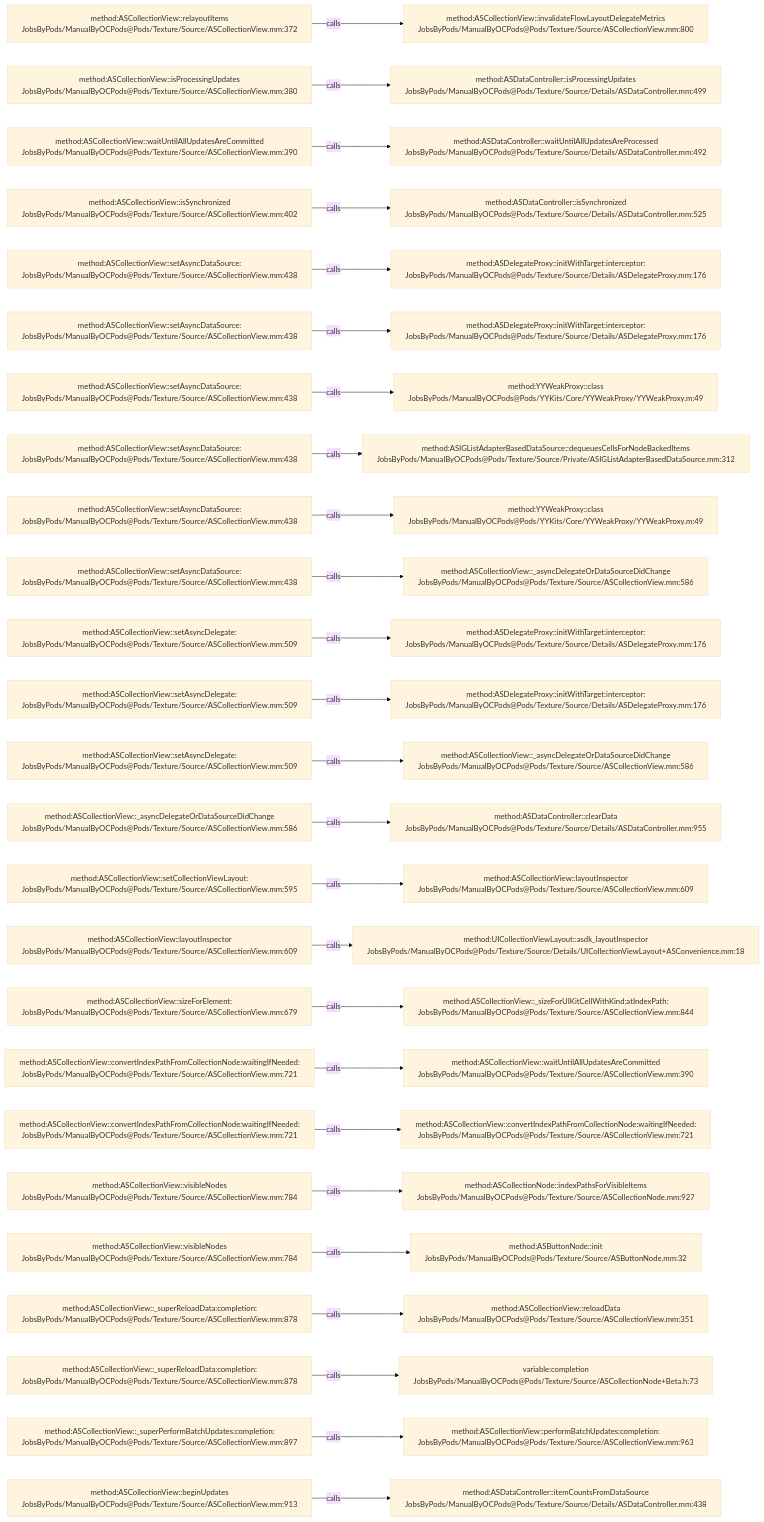
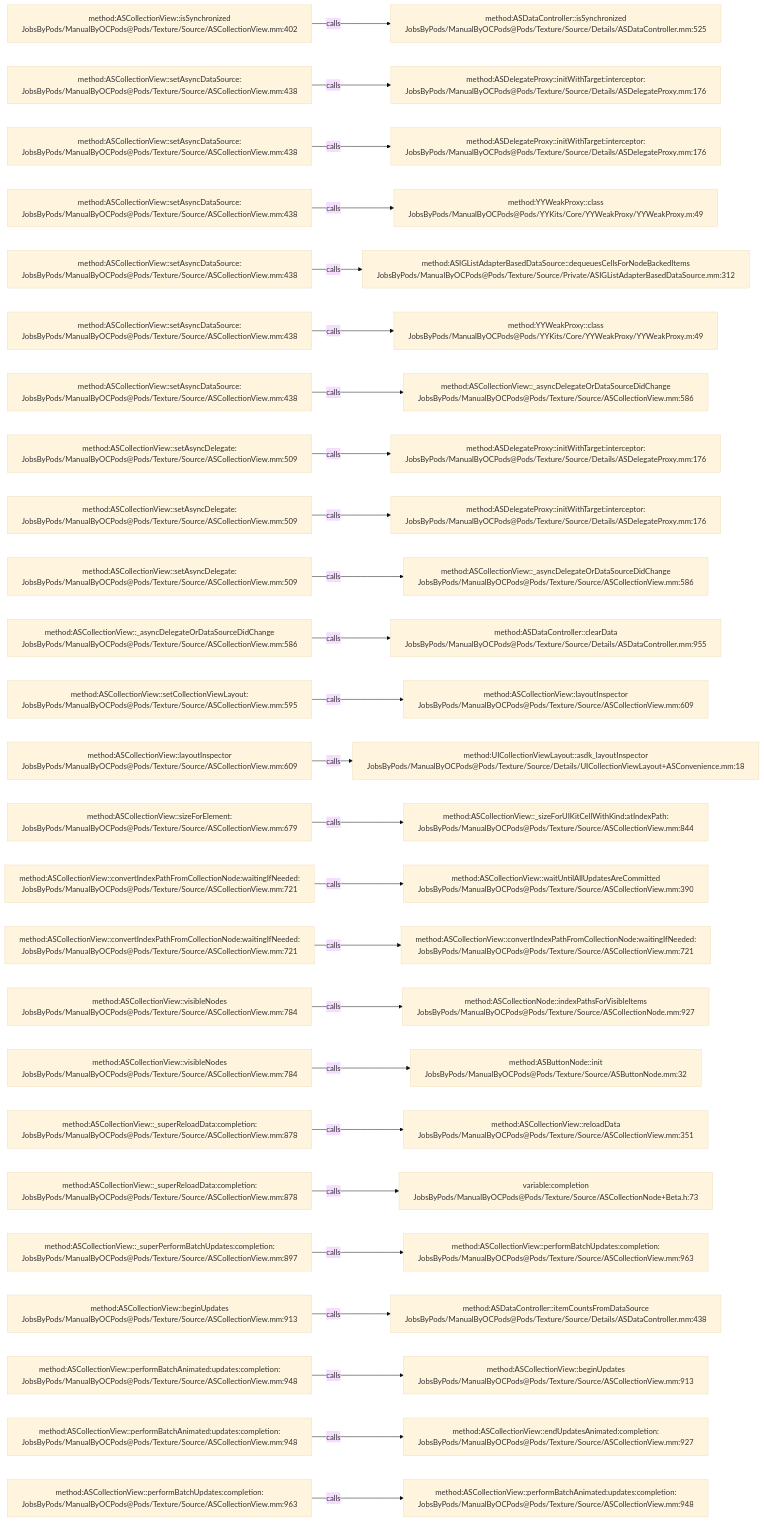
One commit to JobsKits/JobsOCBaseConfigDemo changed the diagram in .codegraph/codegraph.md/graphs/calls-082.md. Above: the diagram before and after it, drawn with Mermaid (base theme). The commit also changed 342 other files, not shown here.

````diff
--- a/.codegraph/codegraph.md/graphs/calls-082.md
+++ b/.codegraph/codegraph.md/graphs/calls-082.md
@@ -13,78 +13,78 @@
 ```mermaid
 flowchart LR
-  S1["method:ASCollectionView::relayoutItems<br/>JobsByPods/ManualByOCPods@Pods/Texture/Source/ASCollectionView.mm:372"]
-  T1["method:ASCollectionView::invalidateFlowLayoutDelegateMetrics<br/>JobsByPods/ManualByOCPods@Pods/Texture/Source/ASCollectionView.mm:800"]
+  S1["method:ASCollectionView::isSynchronized<br/>JobsByPods/ManualByOCPods@Pods/Texture/Source/ASCollectionView.mm:402"]
+  T1["method:ASDataController::isSynchronized<br/>JobsByPods/ManualByOCPods@Pods/Texture/Source/Details/ASDataController.mm:525"]
   S1 -->|calls| T1
-  S2["method:ASCollectionView::isProcessingUpdates<br/>JobsByPods/ManualByOCPods@Pods/Texture/Source/ASCollectionView.mm:380"]
-  T2["method:ASDataController::isProcessingUpdates<br/>JobsByPods/ManualByOCPods@Pods/Texture/Source/Details/ASDataController.mm:499"]
+  S2["method:ASCollectionView::setAsyncDataSource:<br/>JobsByPods/ManualByOCPods@Pods/Texture/Source/ASCollectionView.mm:438"]
+  T2["method:ASDelegateProxy::initWithTarget:interceptor:<br/>JobsByPods/ManualByOCPods@Pods/Texture/Source/Details/ASDelegateProxy.mm:176"]
   S2 -->|calls| T2
-  S3["method:ASCollectionView::waitUntilAllUpdatesAreCommitted<br/>JobsByPods/ManualByOCPods@Pods/Texture/Source/ASCollectionView.mm:390"]
-  T3["method:ASDataController::waitUntilAllUpdatesAreProcessed<br/>JobsByPods/ManualByOCPods@Pods/Texture/Source/Details/ASDataController.mm:492"]
+  S3["method:ASCollectionView::setAsyncDataSource:<br/>JobsByPods/ManualByOCPods@Pods/Texture/Source/ASCollectionView.mm:438"]
+  T3["method:ASDelegateProxy::initWithTarget:interceptor:<br/>JobsByPods/ManualByOCPods@Pods/Texture/Source/Details/ASDelegateProxy.mm:176"]
   S3 -->|calls| T3
-  S4["method:ASCollectionView::isSynchronized<br/>JobsByPods/ManualByOCPods@Pods/Texture/Source/ASCollectionView.mm:402"]
-  T4["method:ASDataController::isSynchronized<br/>JobsByPods/ManualByOCPods@Pods/Texture/Source/Details/ASDataController.mm:525"]
+  S4["method:ASCollectionView::setAsyncDataSource:<br/>JobsByPods/ManualByOCPods@Pods/Texture/Source/ASCollectionView.mm:438"]
+  T4["method:YYWeakProxy::class<br/>JobsByPods/ManualByOCPods@Pods/YYKits/Core/YYWeakProxy/YYWeakProxy.m:49"]
   S4 -->|calls| T4
   S5["method:ASCollectionView::setAsyncDataSource:<br/>JobsByPods/ManualByOCPods@Pods/Texture/Source/ASCollectionView.mm:438"]
-  T5["method:ASDelegateProxy::initWithTarget:interceptor:<br/>JobsByPods/ManualByOCPods@Pods/Texture/Source/Details/ASDelegateProxy.mm:176"]
+  T5["method:ASIGListAdapterBasedDataSource::dequeuesCellsForNodeBackedItems<br/>JobsByPods/ManualByOCPods@Pods/Texture/Source/Private/ASIGListAdapterBasedDataSource.mm:312"]
   S5 -->|calls| T5
   S6["method:ASCollectionView::setAsyncDataSource:<br/>JobsByPods/ManualByOCPods@Pods/Texture/Source/ASCollectionView.mm:438"]
-  T6["method:ASDelegateProxy::initWithTarget:interceptor:<br/>JobsByPods/ManualByOCPods@Pods/Texture/Source/Details/ASDelegateProxy.mm:176"]
+  T6["method:YYWeakProxy::class<br/>JobsByPods/ManualByOCPods@Pods/YYKits/Core/YYWeakProxy/YYWeakProxy.m:49"]
   S6 -->|calls| T6
   S7["method:ASCollectionView::setAsyncDataSource:<br/>JobsByPods/ManualByOCPods@Pods/Texture/Source/ASCollectionView.mm:438"]
-  T7["method:YYWeakProxy::class<br/>JobsByPods/ManualByOCPods@Pods/YYKits/Core/YYWeakProxy/YYWeakProxy.m:49"]
+  T7["method:ASCollectionView::_asyncDelegateOrDataSourceDidChange<br/>JobsByPods/ManualByOCPods@Pods/Texture/Source/ASCollectionView.mm:586"]
   S7 -->|calls| T7
-  S8["method:ASCollectionView::setAsyncDataSource:<br/>JobsByPods/ManualByOCPods@Pods/Texture/Source/ASCollectionView.mm:438"]
-  T8["method:ASIGListAdapterBasedDataSource::dequeuesCellsForNodeBackedItems<br/>JobsByPods/ManualByOCPods@Pods/Texture/Source/Private/ASIGListAdapterBasedDataSource.mm:312"]
+  S8["method:ASCollectionView::setAsyncDelegate:<br/>JobsByPods/ManualByOCPods@Pods/Texture/Source/ASCollectionView.mm:509"]
+  T8["method:ASDelegateProxy::initWithTarget:interceptor:<br/>JobsByPods/ManualByOCPods@Pods/Texture/Source/Details/ASDelegateProxy.mm:176"]
   S8 -->|calls| T8
-  S9["method:ASCollectionView::setAsyncDataSource:<br/>JobsByPods/ManualByOCPods@Pods/Texture/Source/ASCollectionView.mm:438"]
-  T9["method:YYWeakProxy::class<br/>JobsByPods/ManualByOCPods@Pods/YYKits/Core/YYWeakProxy/YYWeakProxy.m:49"]
+  S9["method:ASCollectionView::setAsyncDelegate:<br/>JobsByPods/ManualByOCPods@Pods/Texture/Source/ASCollectionView.mm:509"]
+  T9["method:ASDelegateProxy::initWithTarget:interceptor:<br/>JobsByPods/ManualByOCPods@Pods/Texture/Source/Details/ASDelegateProxy.mm:176"]
   S9 -->|calls| T9
-  S10["method:ASCollectionView::setAsyncDataSource:<br/>JobsByPods/ManualByOCPods@Pods/Texture/Source/ASCollectionView.mm:438"]
+  S10["method:ASCollectionView::setAsyncDelegate:<br/>JobsByPods/ManualByOCPods@Pods/Texture/Source/ASCollectionView.mm:509"]
   T10["method:ASCollectionView::_asyncDelegateOrDataSourceDidChange<br/>JobsByPods/ManualByOCPods@Pods/Texture/Source/ASCollectionView.mm:586"]
   S10 -->|calls| T10
-  S11["method:ASCollectionView::setAsyncDelegate:<br/>JobsByPods/ManualByOCPods@Pods/Texture/Source/ASCollectionView.mm:509"]
-  T11["method:ASDelegateProxy::initWithTarget:interceptor:<br/>JobsByPods/ManualByOCPods@Pods/Texture/Source/Details/ASDelegateProxy.mm:176"]
+  S11["method:ASCollectionView::_asyncDelegateOrDataSourceDidChange<br/>JobsByPods/ManualByOCPods@Pods/Texture/Source/ASCollectionView.mm:586"]
+  T11["method:ASDataController::clearData<br/>JobsByPods/ManualByOCPods@Pods/Texture/Source/Details/ASDataController.mm:955"]
   S11 -->|calls| T11
-  S12["method:ASCollectionView::setAsyncDelegate:<br/>JobsByPods/ManualByOCPods@Pods/Texture/Source/ASCollectionView.mm:509"]
-  T12["method:ASDelegateProxy::initWithTarget:interceptor:<br/>JobsByPods/ManualByOCPods@Pods/Texture/Source/Details/ASDelegateProxy.mm:176"]
+  S12["method:ASCollectionView::setCollectionViewLayout:<br/>JobsByPods/ManualByOCPods@Pods/Texture/Source/ASCollectionView.mm:595"]
+  T12["method:ASCollectionView::layoutInspector<br/>JobsByPods/ManualByOCPods@Pods/Texture/Source/ASCollectionView.mm:609"]
   S12 -->|calls| T12
-  S13["method:ASCollectionView::setAsyncDelegate:<br/>JobsByPods/ManualByOCPods@Pods/Texture/Source/ASCollectionView.mm:509"]
-  T13["method:ASCollectionView::_asyncDelegateOrDataSourceDidChange<br/>JobsByPods/ManualByOCPods@Pods/Texture/Source/ASCollectionView.mm:586"]
+  S13["method:ASCollectionView::layoutInspector<br/>JobsByPods/ManualByOCPods@Pods/Texture/Source/ASCollectionView.mm:609"]
+  T13["method:UICollectionViewLayout::asdk_layoutInspector<br/>JobsByPods/ManualByOCPods@Pods/Texture/Source/Details/UICollectionViewLayout+ASConvenience.mm:18"]
   S13 -->|calls| T13
-  S14["method:ASCollectionView::_asyncDelegateOrDataSourceDidChange<br/>JobsByPods/ManualByOCPods@Pods/Texture/Source/ASCollectionView.mm:586"]
-  T14["method:ASDataController::clearData<br/>JobsByPods/ManualByOCPods@Pods/Texture/Source/Details/ASDataController.mm:955"]
+  S14["method:ASCollectionView::sizeForElement:<br/>JobsByPods/ManualByOCPods@Pods/Texture/Source/ASCollectionView.mm:679"]
+  T14["method:ASCollectionView::_sizeForUIKitCellWithKind:atIndexPath:<br/>JobsByPods/ManualByOCPods@Pods/Texture/Source/ASCollectionView.mm:844"]
   S14 -->|calls| T14
-  S15["method:ASCollectionView::setCollectionViewLayout:<br/>JobsByPods/ManualByOCPods@Pods/Texture/Source/ASCollectionView.mm:595"]
-  T15["method:ASCollectionView::layoutInspector<br/>JobsByPods/ManualByOCPods@Pods/Texture/Source/ASCollectionView.mm:609"]
+  S15["method:ASCollectionView::convertIndexPathFromCollectionNode:waitingIfNeeded:<br/>JobsByPods/ManualByOCPods@Pods/Texture/Source/ASCollectionView.mm:721"]
+  T15["method:ASCollectionView::waitUntilAllUpdatesAreCommitted<br/>JobsByPods/ManualByOCPods@Pods/Texture/Source/ASCollectionView.mm:390"]
   S15 -->|calls| T15
-  S16["method:ASCollectionView::layoutInspector<br/>JobsByPods/ManualByOCPods@Pods/Texture/Source/ASCollectionView.mm:609"]
-  T16["method:UICollectionViewLayout::asdk_layoutInspector<br/>JobsByPods/ManualByOCPods@Pods/Texture/Source/Details/UICollectionViewLayout+ASConvenience.mm:18"]
+  S16["method:ASCollectionView::convertIndexPathFromCollectionNode:waitingIfNeeded:<br/>JobsByPods/ManualByOCPods@Pods/Texture/Source/ASCollectionView.mm:721"]
+  T16["method:ASCollectionView::convertIndexPathFromCollectionNode:waitingIfNeeded:<br/>JobsByPods/ManualByOCPods@Pods/Texture/Source/ASCollectionView.mm:721"]
   S16 -->|calls| T16
-  S17["method:ASCollectionView::sizeForElement:<br/>JobsByPods/ManualByOCPods@Pods/Texture/Source/ASCollectionView.mm:679"]
-  T17["method:ASCollectionView::_sizeForUIKitCellWithKind:atIndexPath:<br/>JobsByPods/ManualByOCPods@Pods/Texture/Source/ASCollectionView.mm:844"]
+  S17["method:ASCollectionView::visibleNodes<br/>JobsByPods/ManualByOCPods@Pods/Texture/Source/ASCollectionView.mm:784"]
+  T17["method:ASCollectionNode::indexPathsForVisibleItems<br/>JobsByPods/ManualByOCPods@Pods/Texture/Source/ASCollectionNode.mm:927"]
   S17 -->|calls| T17
-  S18["method:ASCollectionView::convertIndexPathFromCollectionNode:waitingIfNeeded:<br/>JobsByPods/ManualByOCPods@Pods/Texture/Source/ASCollectionView.mm:721"]
-  T18["method:ASCollectionView::waitUntilAllUpdatesAreCommitted<br/>JobsByPods/ManualByOCPods@Pods/Texture/Source/ASCollectionView.mm:390"]
+  S18["method:ASCollectionView::visibleNodes<br/>JobsByPods/ManualByOCPods@Pods/Texture/Source/ASCollectionView.mm:784"]
+  T18["method:ASButtonNode::init<br/>JobsByPods/ManualByOCPods@Pods/Texture/Source/ASButtonNode.mm:32"]
   S18 -->|calls| T18
-  S19["method:ASCollectionView::convertIndexPathFromCollectionNode:waitingIfNeeded:<br/>JobsByPods/ManualByOCPods@Pods/Texture/Source/ASCollectionView.mm:721"]
-  T19["method:ASCollectionView::convertIndexPathFromCollectionNode:waitingIfNeeded:<br/>JobsByPods/ManualByOCPods@Pods/Texture/Source/ASCollectionView.mm:721"]
+  S19["method:ASCollectionView::_superReloadData:completion:<br/>JobsByPods/ManualByOCPods@Pods/Texture/Source/ASCollectionView.mm:878"]
+  T19["method:ASCollectionView::reloadData<br/>JobsByPods/ManualByOCPods@Pods/Texture/Source/ASCollectionView.mm:351"]
   S19 -->|calls| T19
-  S20["method:ASCollectionView::visibleNodes<br/>JobsByPods/ManualByOCPods@Pods/Texture/Source/ASCollectionView.mm:784"]
-  T20["method:ASCollectionNode::indexPathsForVisibleItems<br/>JobsByPods/ManualByOCPods@Pods/Texture/Source/ASCollectionNode.mm:927"]
+  S20["method:ASCollectionView::_superReloadData:completion:<br/>JobsByPods/ManualByOCPods@Pods/Texture/Source/ASCollectionView.mm:878"]
+  T20["variable:completion<br/>JobsByPods/ManualByOCPods@Pods/Texture/Source/ASCollectionNode+Beta.h:73"]
   S20 -->|calls| T20
-  S21["method:ASCollectionView::visibleNodes<br/>JobsByPods/ManualByOCPods@Pods/Texture/Source/ASCollectionView.mm:784"]
-  T21["method:ASButtonNode::init<br/>JobsByPods/ManualByOCPods@Pods/Texture/Source/ASButtonNode.mm:32"]
+  S21["method:ASCollectionView::_superPerformBatchUpdates:completion:<br/>JobsByPods/ManualByOCPods@Pods/Texture/Source/ASCollectionView.mm:897"]
+  T21["method:ASCollectionView::performBatchUpdates:completion:<br/>JobsByPods/ManualByOCPods@Pods/Texture/Source/ASCollectionView.mm:963"]
   S21 -->|calls| T21
-  S22["method:ASCollectionView::_superReloadData:completion:<br/>JobsByPods/ManualByOCPods@Pods/Texture/Source/ASCollectionView.mm:878"]
-  T22["method:ASCollectionView::reloadData<br/>JobsByPods/ManualByOCPods@Pods/Texture/Source/ASCollectionView.mm:351"]
+  S22["method:ASCollectionView::beginUpdates<br/>JobsByPods/ManualByOCPods@Pods/Texture/Source/ASCollectionView.mm:913"]
+  T22["method:ASDataController::itemCountsFromDataSource<br/>JobsByPods/ManualByOCPods@Pods/Texture/Source/Details/ASDataController.mm:438"]
   S22 -->|calls| T22
-  S23["method:ASCollectionView::_superReloadData:completion:<br/>JobsByPods/ManualByOCPods@Pods/Texture/Source/ASCollectionView.mm:878"]
-  T23["variable:completion<br/>JobsByPods/ManualByOCPods@Pods/Texture/Source/ASCollectionNode+Beta.h:73"]
+  S23["method:ASCollectionView::performBatchAnimated:updates:completion:<br/>JobsByPods/ManualByOCPods@Pods/Texture/Source/ASCollectionView.mm:948"]
+  T23["method:ASCollectionView::beginUpdates<br/>JobsByPods/ManualByOCPods@Pods/Texture/Source/ASCollectionView.mm:913"]
   S23 -->|calls| T23
-  S24["method:ASCollectionView::_superPerformBatchUpdates:completion:<br/>JobsByPods/ManualByOCPods@Pods/Texture/Source/ASCollectionView.mm:897"]
-  T24["method:ASCollectionView::performBatchUpdates:completion:<br/>JobsByPods/ManualByOCPods@Pods/Texture/Source/ASCollectionView.mm:963"]
+  S24["method:ASCollectionView::performBatchAnimated:updates:completion:<br/>JobsByPods/ManualByOCPods@Pods/Texture/Source/ASCollectionView.mm:948"]
+  T24["method:ASCollectionView::endUpdatesAnimated:completion:<br/>JobsByPods/ManualByOCPods@Pods/Texture/Source/ASCollectionView.mm:927"]
   S24 -->|calls| T24
-  S25["method:ASCollectionView::beginUpdates<br/>JobsByPods/ManualByOCPods@Pods/Texture/Source/ASCollectionView.mm:913"]
-  T25["method:ASDataController::itemCountsFromDataSource<br/>JobsByPods/ManualByOCPods@Pods/Texture/Source/Details/ASDataController.mm:438"]
+  S25["method:ASCollectionView::performBatchUpdates:completion:<br/>JobsByPods/ManualByOCPods@Pods/Texture/Source/ASCollectionView.mm:963"]
+  T25["method:ASCollectionView::performBatchAnimated:updates:completion:<br/>JobsByPods/ManualByOCPods@Pods/Texture/Source/ASCollectionView.mm:948"]
   S25 -->|calls| T25
 ```
````
